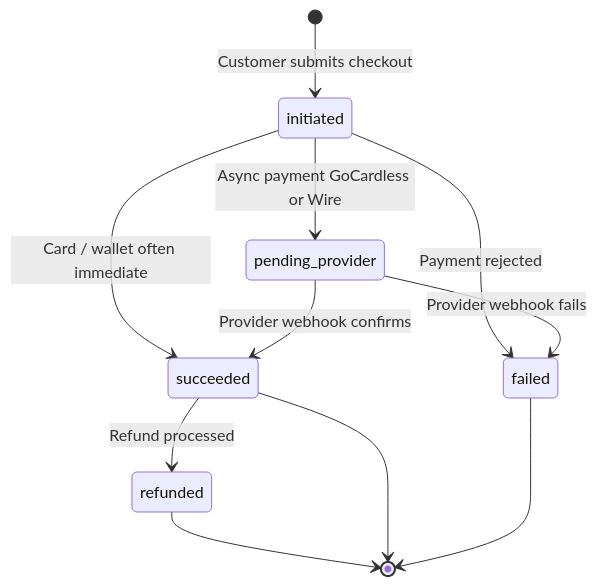
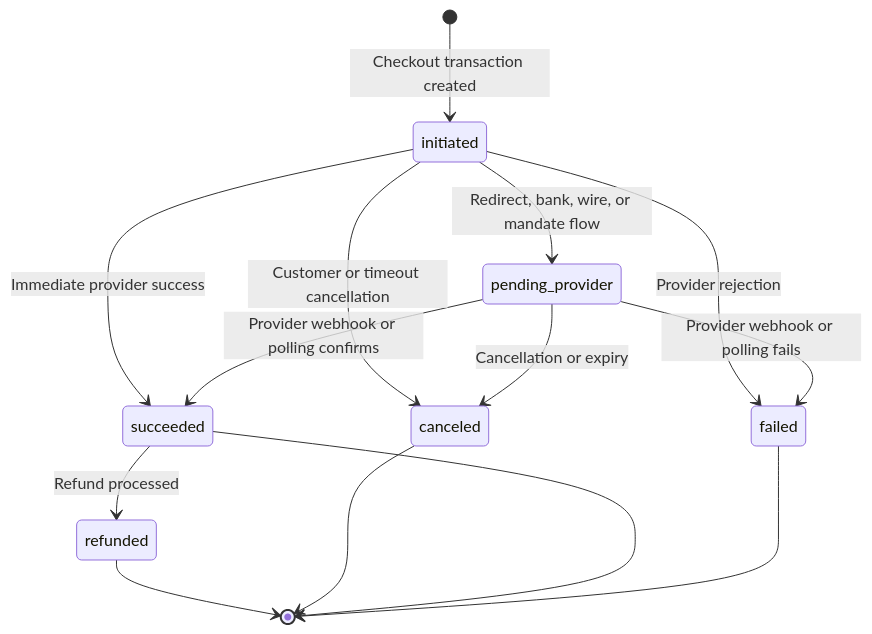
Diagram 11 of 12 in content/docs/architecture/diagrams.mdx (Root-Sector-Ltd-and-Co-KG/payment-gateway-docs), drawn with Mermaid before and after one commit. The commit also changed other lines of this file and 36 other files, not shown here.

````diff
--- a/content/docs/architecture/diagrams.mdx
+++ b/content/docs/architecture/diagrams.mdx
@@ -189,13 +334,16 @@
 ```mermaid
 stateDiagram-v2
-    [*] --> initiated : Customer submits checkout
-    initiated --> pending_provider : Async payment GoCardless or Wire
-    initiated --> succeeded : Card / wallet often immediate
-    initiated --> failed : Payment rejected
-    pending_provider --> succeeded : Provider webhook confirms
-    pending_provider --> failed : Provider webhook fails
+    [*] --> initiated : Checkout transaction created
+    initiated --> pending_provider : Redirect, bank, wire, or mandate flow
+    initiated --> succeeded : Immediate provider success
+    initiated --> failed : Provider rejection
+    initiated --> canceled : Customer or timeout cancellation
+    pending_provider --> succeeded : Provider webhook or polling confirms
+    pending_provider --> failed : Provider webhook or polling fails
+    pending_provider --> canceled : Cancellation or expiry
     succeeded --> refunded : Refund processed
     refunded --> [*]
+    canceled --> [*]
     succeeded --> [*]
     failed --> [*]
 ```
````
